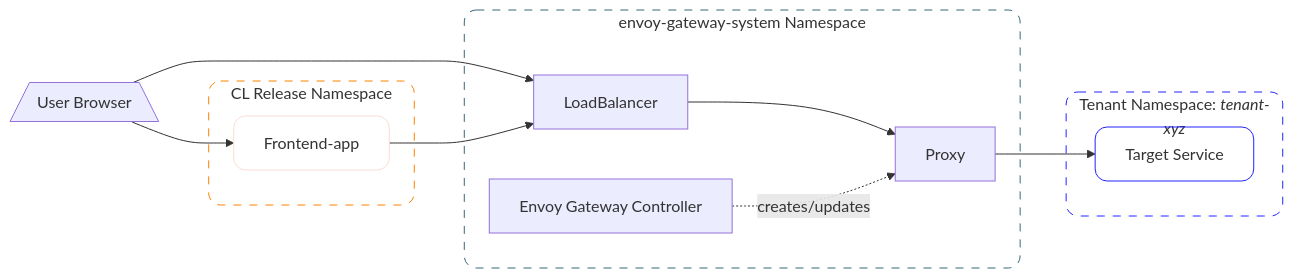
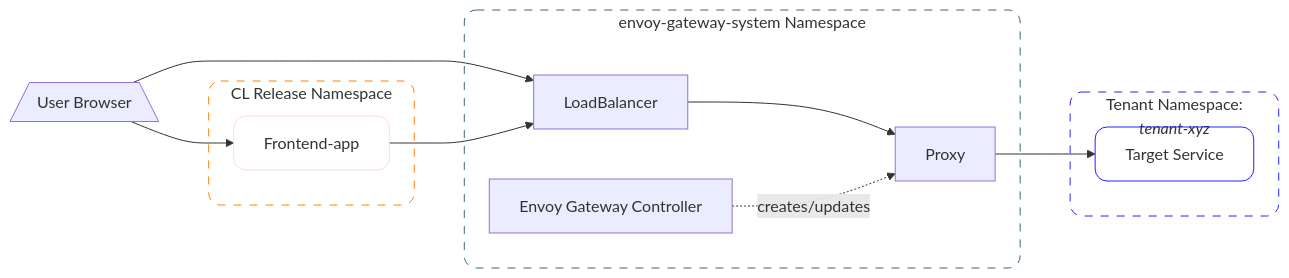
Before and after one commit to alexannekk/CrownLabs: the first of 2 diagrams in deploy/crownlabs/docs/gateway-architecture-and-routing.md, drawn with Mermaid. The commit also changed 2 other files, not shown here.

Commit message:
fixed hyperlink in md files

````diff
--- a/deploy/crownlabs/docs/gateway-architecture-and-routing.md
+++ b/deploy/crownlabs/docs/gateway-architecture-and-routing.md
@@ -40,36 +40,37 @@
 ```mermaid
 flowchart LR
 
 User@{shape: trap-b, label: "User Browser"}
 
 subgraph ReleaseNS["CL Release Namespace"]
     FrontendApp["Frontend-app"]:::FrontendStyle
 end
 subgraph EnvoyNS["`envoy-gateway-system Namespace`"]
     LoadBalancer["LoadBalancer"]
     EnvoyGatewayController["Envoy Gateway Controller"]
     Proxy["Proxy"]
 end
-subgraph TenantNS["`Tenant Namespace: _tenant-xyz_`"]
+subgraph TenantNS["`Tenant Namespace: 
+    _tenant-xyz_`"]
     TargetService["Target Service"]
 end
 
 User --> FrontendApp
 User --> LoadBalancer
 FrontendApp --> LoadBalancer
 LoadBalancer --> Proxy
 Proxy --> TargetService
 
 EnvoyGatewayController -. creates/updates .-> Proxy
 
 classDef ReleaseNSStyle stroke:#FF8000,rx:12,ry:12,fill:none,stroke-dasharray:8
 classDef EnvoyNSStyle stroke:#38677B,rx:12,ry:12,fill:none,stroke-dasharray:8
 classDef TenantNSStyle stroke:#2222FF,rx:12,ry:12,fill:none,stroke-dasharray:8
 classDef TenantStyle stroke:#2222FF,rx:12,ry:12,fill:none
 classDef FrontendStyle stroke:#FDDCD7,rx:12,ry:12,fill:none
 
 class ReleaseNS ReleaseNSStyle
 class EnvoyNS EnvoyNSStyle
 class TenantNS TenantNSStyle
 class TargetService TenantStyle
 ```
````
